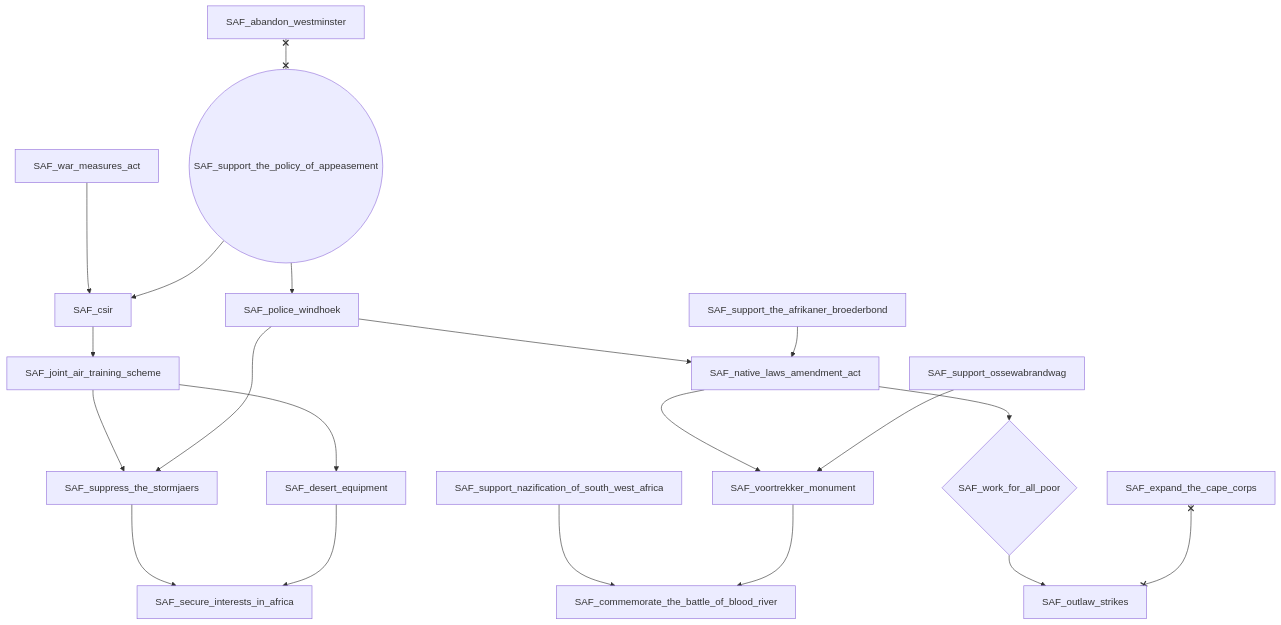
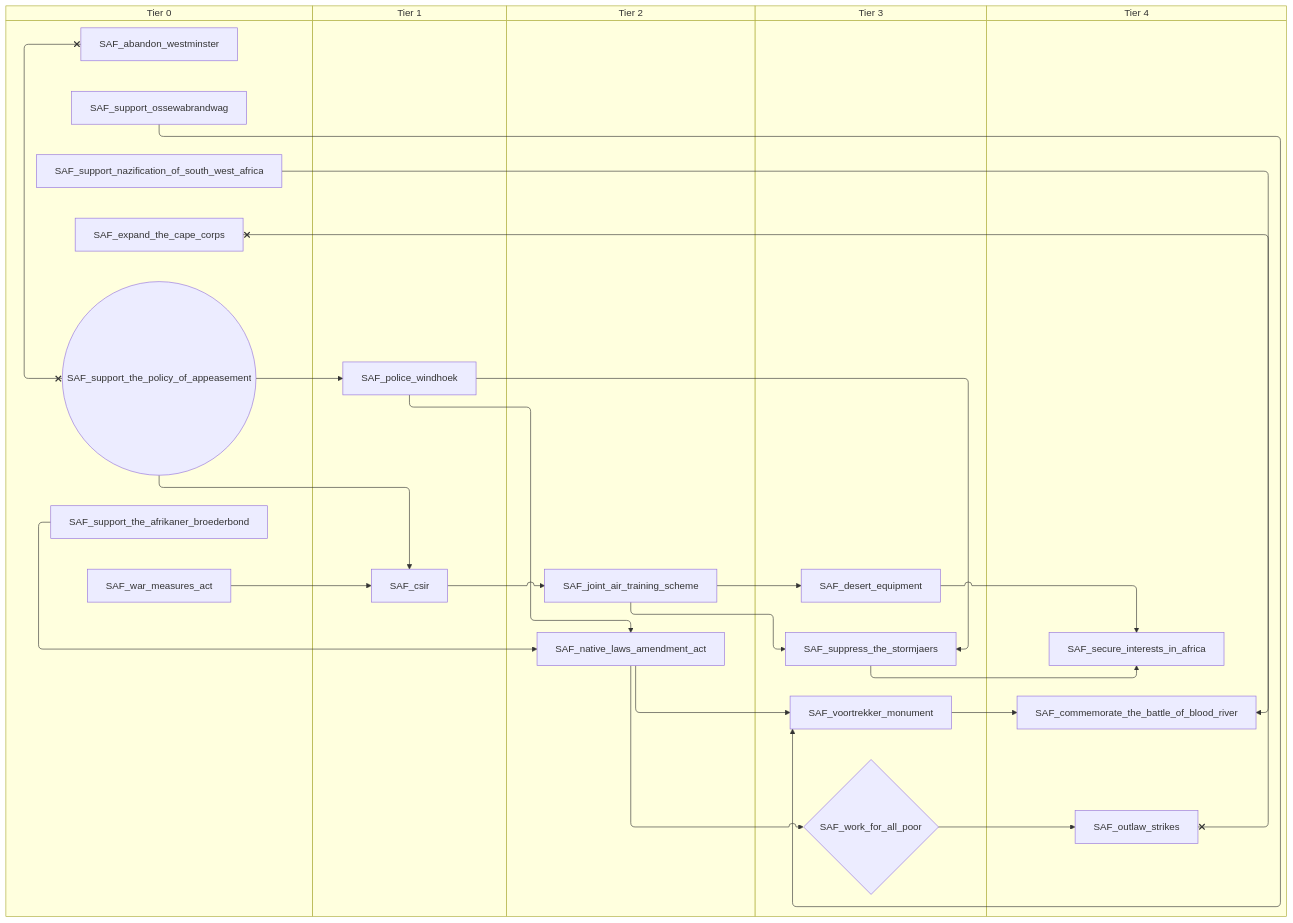
The sixth of 7 diagrams in docs/gdd/National Focuses/south_africa.md (evgeny-sobol/hoi4-sandbox-mode), drawn with Mermaid before and after one commit. The commit also changed other lines of this file and 80 other files, not shown here.

First line of the commit message:
Add swimlane mode to focus graph exporter

````diff
--- a/docs/gdd/National Focuses/south_africa.md
+++ b/docs/gdd/National Focuses/south_africa.md
@@ -194,40 +260,50 @@
 ```mermaid
-flowchart TD
-    n3["SAF_abandon_westminster"]
-    n7["SAF_commemorate_the_battle_of_blood_river"]
-    n72["SAF_csir"]
-    n73["SAF_desert_equipment"]
-    n11["SAF_expand_the_cape_corps"]
-    n74["SAF_joint_air_training_scheme"]
-    n18["SAF_native_laws_amendment_act"]
-    n19["SAF_outlaw_strikes"]
-    n20["SAF_police_windhoek"]
-    n75["SAF_secure_interests_in_africa"]
-    n26["SAF_support_nazification_of_south_west_africa"]
-    n27["SAF_support_ossewabrandwag"]
-    n29["SAF_support_the_afrikaner_broederbond"]
-    n31(("SAF_support_the_policy_of_appeasement"))
-    n76["SAF_suppress_the_stormjaers"]
-    n33["SAF_voortrekker_monument"]
-    n77["SAF_war_measures_act"]
-    n34{"SAF_work_for_all_poor"}
-    n26 --> n7
-    n33 --> n7
-    n77 --> n72
-    n31 --> n72
-    n74 --> n73
-    n72 --> n74
-    n20 --> n18
-    n29 --> n18
-    n34 --> n19
-    n31 --> n20
-    n76 --> n75
-    n73 --> n75
+swimlane-beta TD
+    subgraph tier_0["Tier 0"]
+        n1["SAF_abandon_westminster"]
+        n2["SAF_expand_the_cape_corps"]
+        n15["SAF_support_nazification_of_south_west_africa"]
+        n10["SAF_support_ossewabrandwag"]
+        n6["SAF_support_the_afrikaner_broederbond"]
+        n4(("SAF_support_the_policy_of_appeasement"))
+        n72["SAF_war_measures_act"]
+    end
+    subgraph tier_1["Tier 1"]
+        n73["SAF_csir"]
+        n3["SAF_police_windhoek"]
+    end
+    subgraph tier_2["Tier 2"]
+        n74["SAF_joint_air_training_scheme"]
+        n8["SAF_native_laws_amendment_act"]
+    end
+    subgraph tier_3["Tier 3"]
+        n75["SAF_desert_equipment"]
+        n76["SAF_suppress_the_stormjaers"]
+        n16["SAF_voortrekker_monument"]
+        n17{"SAF_work_for_all_poor"}
+    end
+    subgraph tier_4["Tier 4"]
+        n19["SAF_commemorate_the_battle_of_blood_river"]
+        n21["SAF_outlaw_strikes"]
+        n77["SAF_secure_interests_in_africa"]
+    end
+    n15 --> n19
+    n16 --> n19
+    n72 --> n73
+    n4 --> n73
+    n74 --> n75
+    n73 --> n74
+    n3 --> n8
+    n6 --> n8
+    n17 --> n21
+    n4 --> n3
+    n76 --> n77
+    n75 --> n77
     n74 --> n76
-    n20 --> n76
-    n18 --> n33
-    n27 --> n33
-    n18 --> n34
-    n3 x--x n31
-    n11 x--x n19
+    n3 --> n76
+    n8 --> n16
+    n10 --> n16
+    n8 --> n17
+    n1 x--x n4
+    n2 x--x n21
 ```
````
